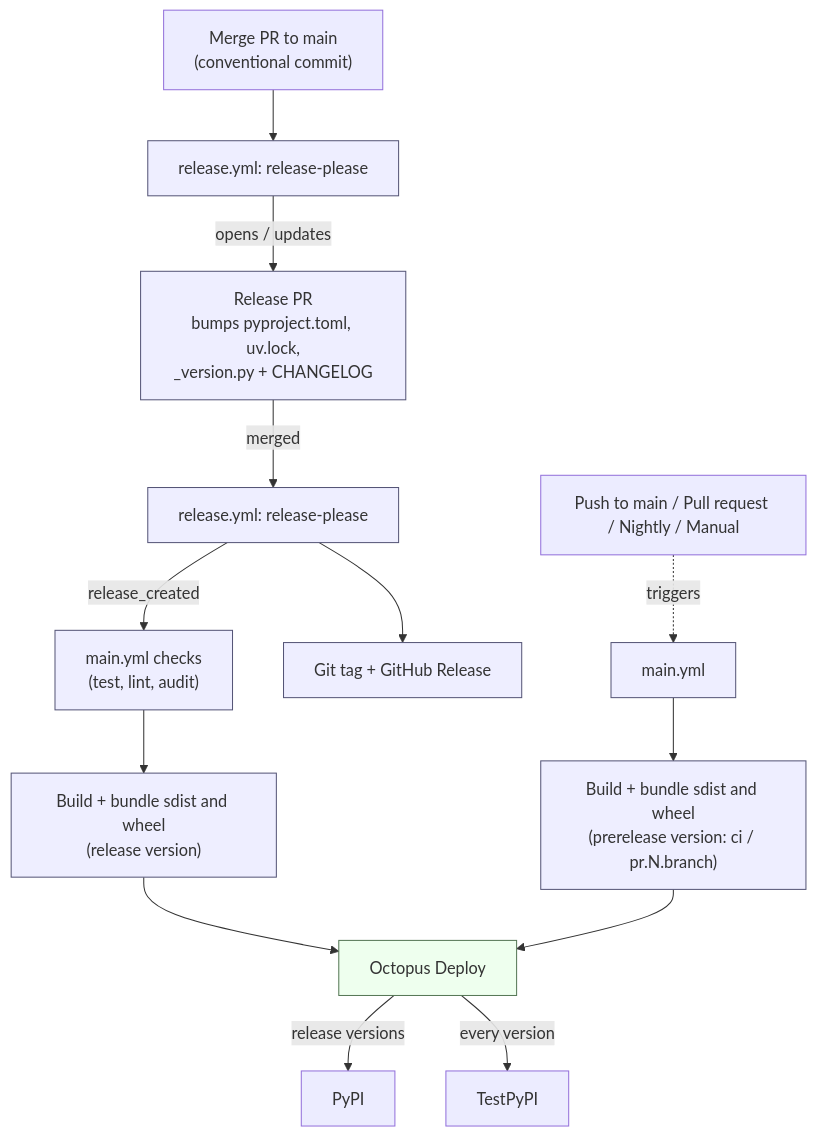
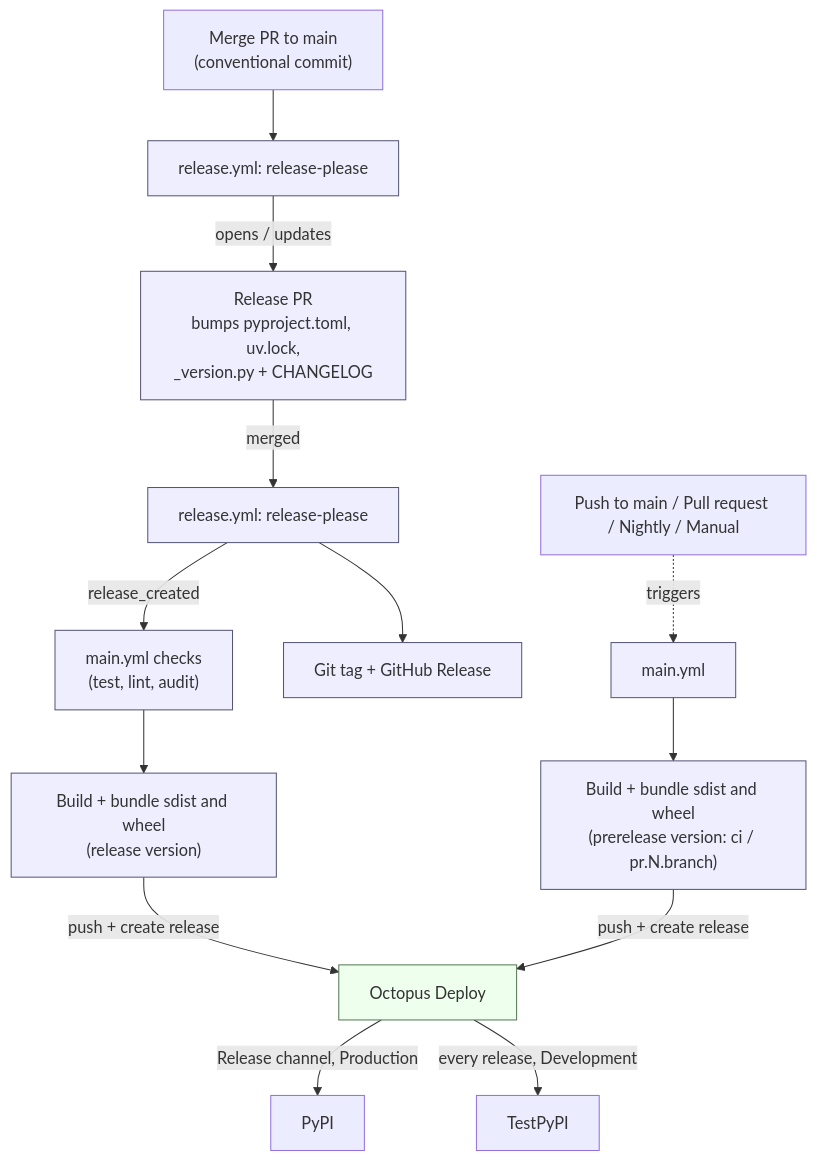
One commit to OctopusDeploy/openfeature-provider-python changed the diagram in RELEASING.md. Above: the diagram before and after it, drawn with Mermaid. The commit also changed other lines of this file and 1 other file, not shown here.

Commit message:
ci: create a release in Octopus for every pushed build
The build action now creates a release in the OpenFeature Python
Provider project after pushing the bundle, numbered with the bundle
version, like the .NET and Java actions. Octopus picks the channel from
the version, so prereleases go to Pre-release and release builds to
Release.

Pushes ignore a package that already exists, so re-running a job after
creating the release failed doesn't fail on the push. Every build has
its own version, and release builds come from the tagged commit.

````diff
--- a/RELEASING.md
+++ b/RELEASING.md
@@ -7,25 +7,25 @@
 ```mermaid
 flowchart TD
     PR["Merge PR to main<br/>(conventional commit)"]
     TRIG["Push to main / Pull request / Nightly / Manual"]
 
     PR --> RP["release.yml: release-please"]
     TRIG -. "triggers" .-> CI["main.yml"]
 
     RP -->|"opens / updates"| RPR["Release PR<br/>bumps pyproject.toml, uv.lock,<br/>_version.py + CHANGELOG"]
     RPR -->|"merged"| RP2["release.yml: release-please"]
     RP2 --> TAG["Git tag + GitHub Release"]
     RP2 -->|"release_created"| CHK["main.yml checks<br/>(test, lint, audit)"]
     CHK --> ACTR["Build + bundle sdist and wheel<br/>(release version)"]
     CI --> ACTP["Build + bundle sdist and wheel<br/>(prerelease version: ci / pr.N.branch)"]
 
-    ACTR --> OCT["Octopus Deploy"]
-    ACTP --> OCT
-    OCT -->|"release versions"| PUB["PyPI"]
-    OCT -->|"every version"| TEST["TestPyPI"]
+    ACTR -->|"push + create release"| OCT["Octopus Deploy"]
+    ACTP -->|"push + create release"| OCT
+    OCT -->|"Release channel, Production"| PUB["PyPI"]
+    OCT -->|"every release, Development"| TEST["TestPyPI"]
 
     classDef gh fill:#eef,stroke:#557;
     classDef oct fill:#efe,stroke:#575;
     class RP,RPR,RP2,TAG,CI,CHK,ACTR,ACTP gh;
     class OCT oct;
 ```
````
